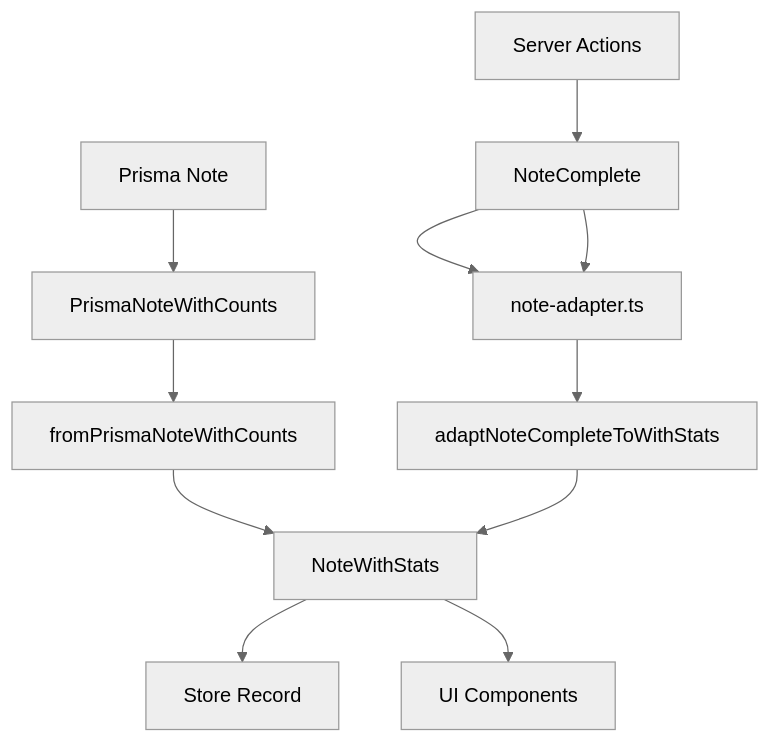
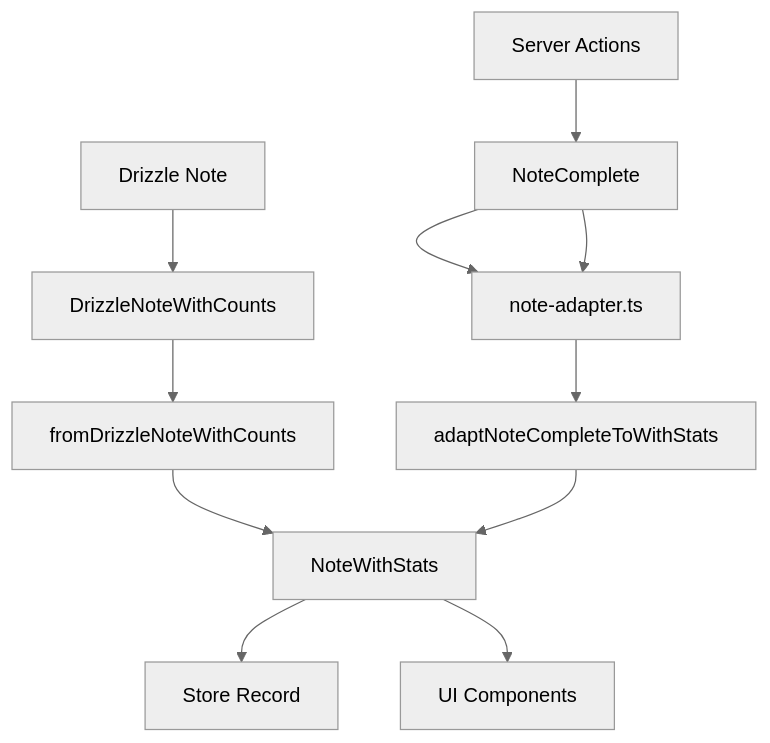
Before and after one commit to gvastethecreator/media-manager: the second of 2 diagrams in src/transformers/note/README.md, drawn with Mermaid (neutral theme). The commit also changed other lines of this file and 81 other files, not shown here.

````diff
--- a/src/transformers/note/README.md
+++ b/src/transformers/note/README.md
@@ -336,16 +336,16 @@
 ```mermaid
 graph TD
-    A[Prisma Note] --> B[PrismaNoteWithCounts]
-    B --> C[fromPrismaNoteWithCounts]
+    A[Drizzle Note] --> B[DrizzleNoteWithCounts]
+    B --> C[fromDrizzleNoteWithCounts]
     C --> D[NoteWithStats]
 
     E[NoteComplete] --> F[note-adapter.ts]
     F --> G[adaptNoteCompleteToWithStats]
     G --> D
 
     D --> H[Store Record<string, NoteWithStats>]
     D --> I[UI Components]
 
     J[Server Actions] --> E
     E --> F
 ```
````
